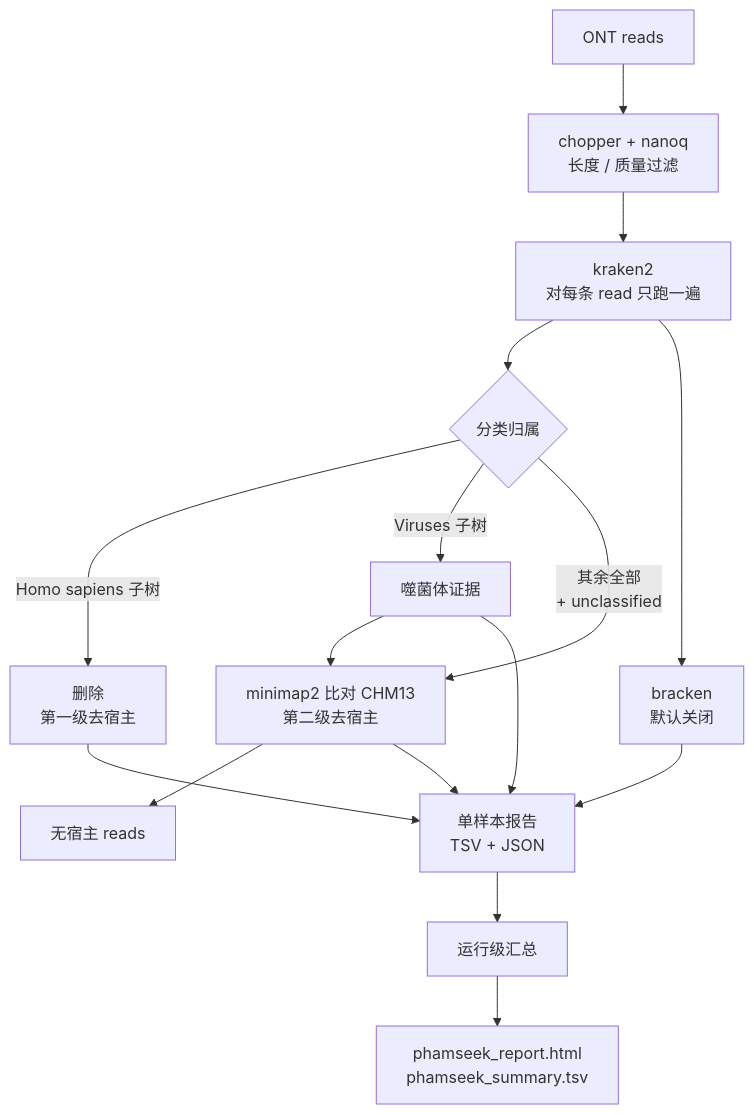
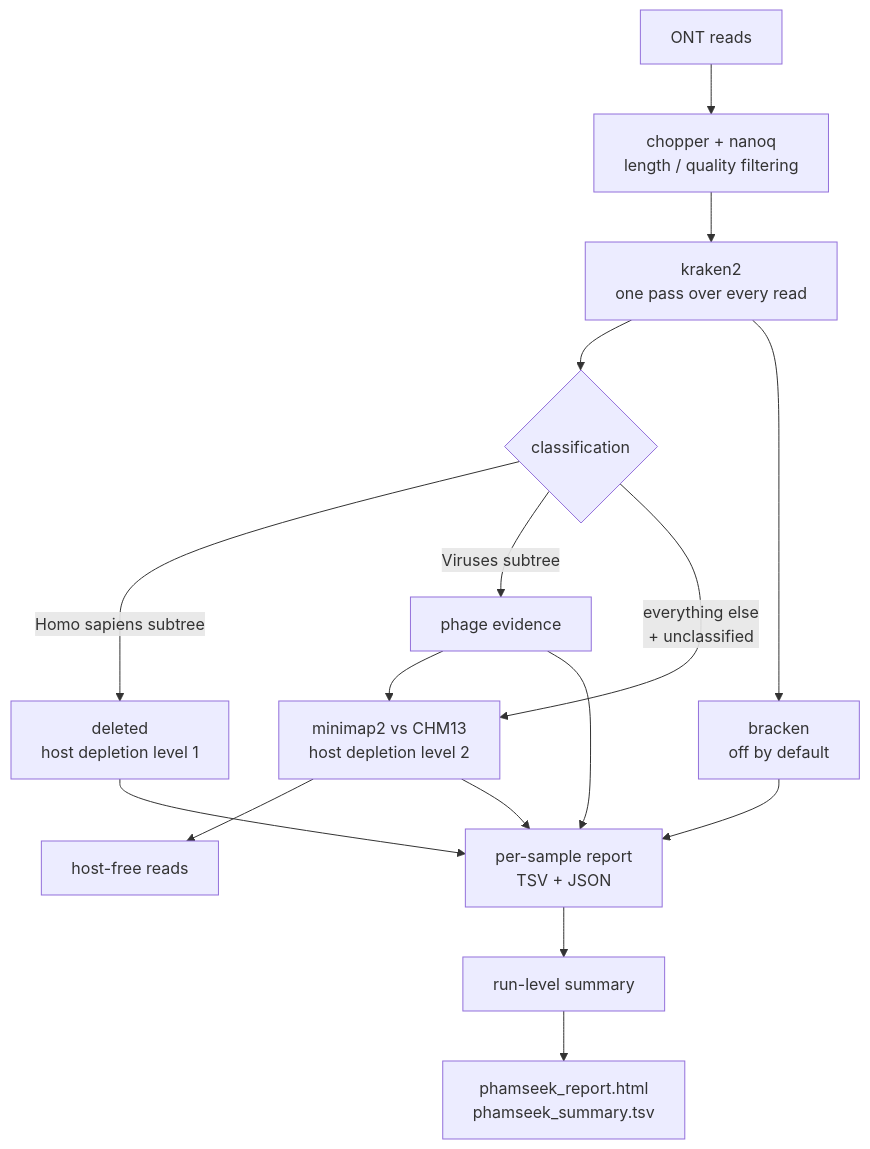
The diagram in README.md (rujinlong/nf-phamseek), drawn with Mermaid before and after one commit. The commit also changed other lines of this file and 22 other files, not shown here.

````diff
--- a/README.md
+++ b/README.md
@@ -50,18 +33,18 @@
 ```mermaid
 flowchart TD
-    A["ONT reads"] --> B["chopper + nanoq<br/>长度 / 质量过滤"]
-    B --> C["kraken2<br/>对每条 read 只跑一遍"]
-    C --> D{"分类归属"}
-    D -->|"Homo sapiens 子树"| E["删除<br/>第一级去宿主"]
-    D -->|"Viruses 子树"| F["噬菌体证据"]
-    D -->|"其余全部<br/>+ unclassified"| G["minimap2 比对 CHM13<br/>第二级去宿主"]
+    A["ONT reads"] --> B["chopper + nanoq<br/>length / quality filtering"]
+    B --> C["kraken2<br/>one pass over every read"]
+    C --> D{"classification"}
+    D -->|"Homo sapiens subtree"| E["deleted<br/>host depletion level 1"]
+    D -->|"Viruses subtree"| F["phage evidence"]
+    D -->|"everything else<br/>+ unclassified"| G["minimap2 vs CHM13<br/>host depletion level 2"]
     F --> G
-    G --> H["无宿主 reads"]
-    C --> I["bracken<br/>默认关闭"]
-    F --> J["单样本报告<br/>TSV + JSON"]
+    G --> H["host-free reads"]
+    C --> I["bracken<br/>off by default"]
+    F --> J["per-sample report<br/>TSV + JSON"]
     I --> J
     E --> J
     G --> J
-    J --> L["运行级汇总"]
+    J --> L["run-level summary"]
     L --> K["phamseek_report.html<br/>phamseek_summary.tsv"]
 ```
````
